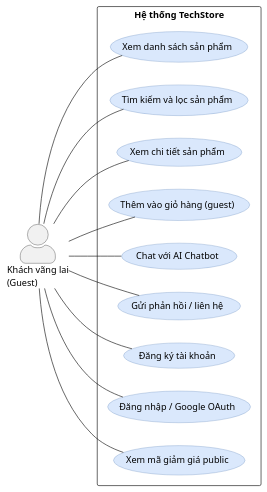
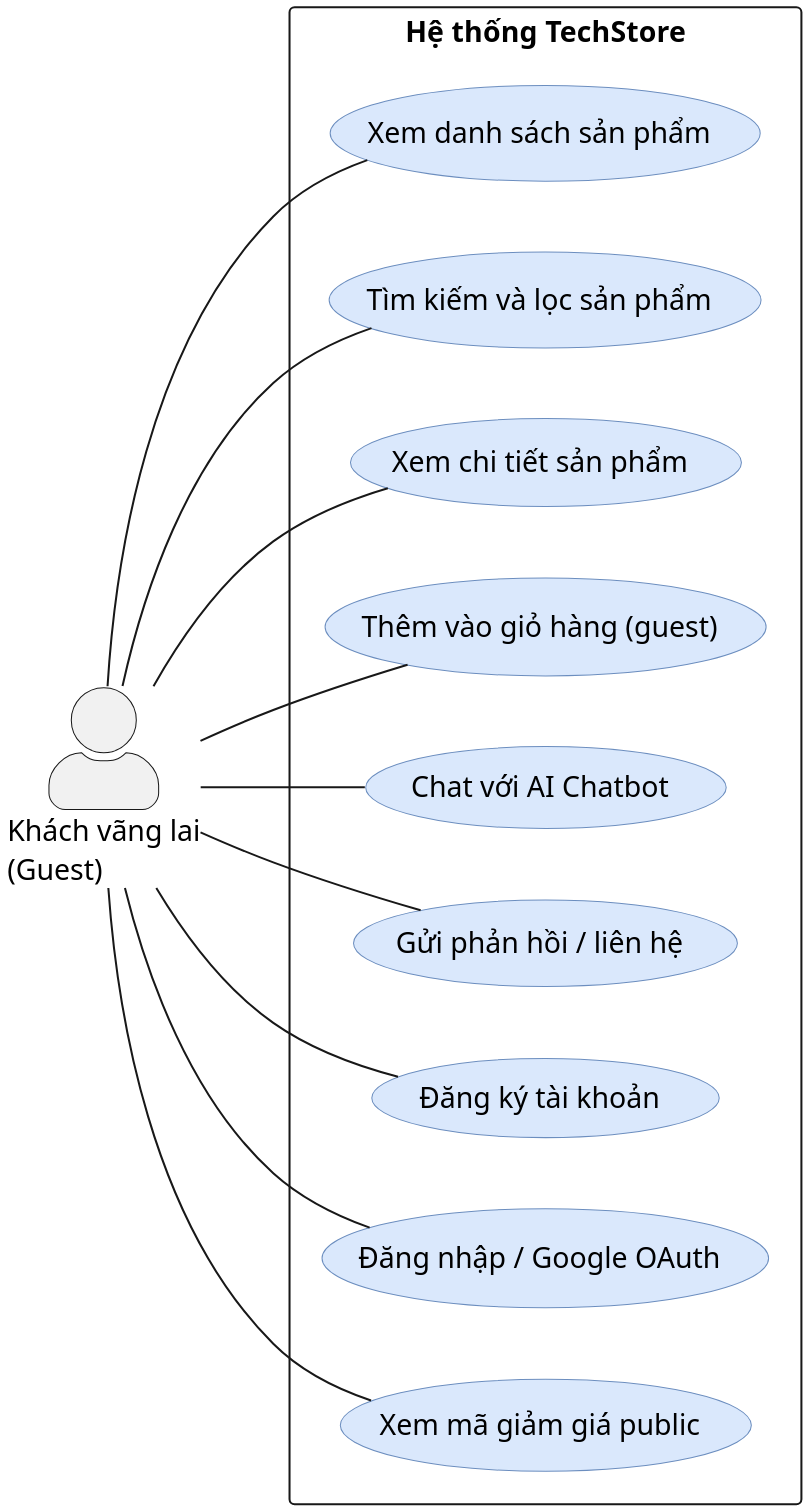
One commit to MinhThang1009/E-commerce-website changed the diagram in diagrams/usecase/usecase-01-overview-guest.puml. Above: the diagram before and after it, drawn with PlantUML. The commit also changed 18 other files, not shown here.

First line of the commit message:
docs(diagram): verify-then-draw 6 sơ đồ use-case + state (GATE-D)

```diff
--- a/diagrams/usecase/usecase-01-overview-guest.puml
+++ b/diagrams/usecase/usecase-01-overview-guest.puml
@@ -1,35 +1,36 @@
 @startuml usecase-01-overview-guest
 ' Sơ đồ use case — Khách vãng lai (Guest) — chuẩn ký pháp UML
 left to right direction
+skinparam dpi 300
 skinparam backgroundColor #FFFFFF
 skinparam packageStyle rectangle
 skinparam usecase {
   BackgroundColor #DAE8FC
   BorderColor #6C8EBF
 }
 skinparam actorStyle awesome
 
 actor "Khách vãng lai\n(Guest)" as guest
 
 rectangle "Hệ thống TechStore" {
   usecase "Xem danh sách sản phẩm" as UC1
   usecase "Tìm kiếm và lọc sản phẩm" as UC2
   usecase "Xem chi tiết sản phẩm" as UC3
   usecase "Thêm vào giỏ hàng (guest)" as UC4
   usecase "Chat với AI Chatbot" as UC5
   usecase "Gửi phản hồi / liên hệ" as UC6
   usecase "Đăng ký tài khoản" as UC7
   usecase "Đăng nhập / Google OAuth" as UC8
   usecase "Xem mã giảm giá public" as UC9
 }
 
 guest -- UC1
 guest -- UC2
 guest -- UC3
 guest -- UC4
 guest -- UC5
 guest -- UC6
 guest -- UC7
 guest -- UC8
 guest -- UC9
 @enduml
```
